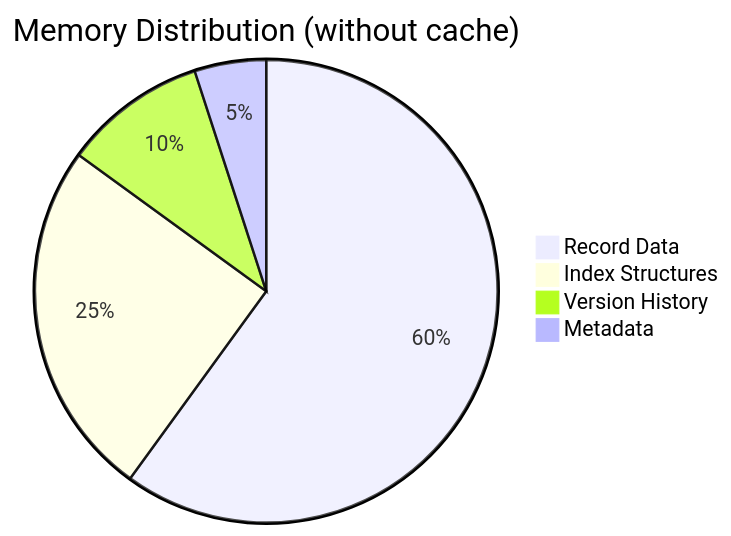
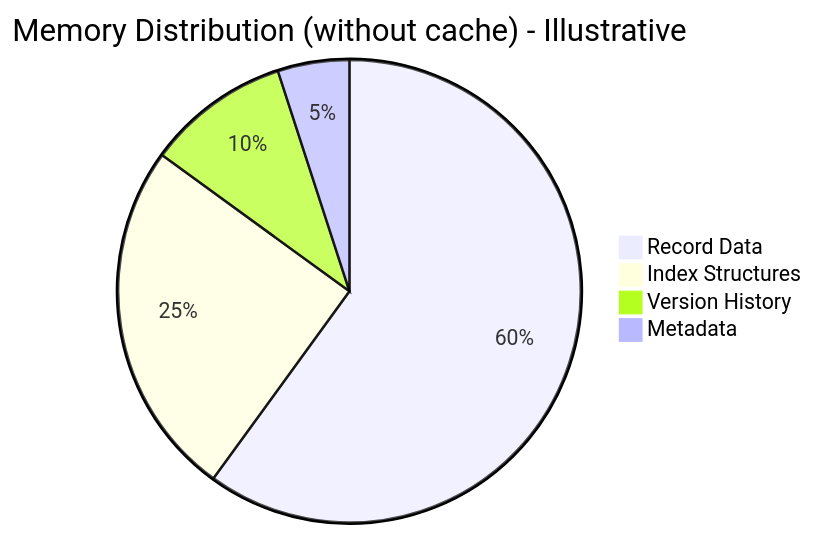
The seventh of 9 diagrams in docs/TECHNICAL_DOCUMENTATION.md (avoidwork/haro), drawn with Mermaid before and after one commit. The commit also changed other lines of this file, not shown here.

Commit message:
Update mermaid diagrams for accuracy

````diff
--- a/docs/TECHNICAL_DOCUMENTATION.md
+++ b/docs/TECHNICAL_DOCUMENTATION.md
@@ -451,7 +458,7 @@
 ```mermaid
-pie title Memory Distribution (without cache)
+pie title Memory Distribution (without cache) - Illustrative
     "Record Data" : 60
     "Index Structures" : 25
     "Version History" : 10
     "Metadata" : 5
 ```
````
